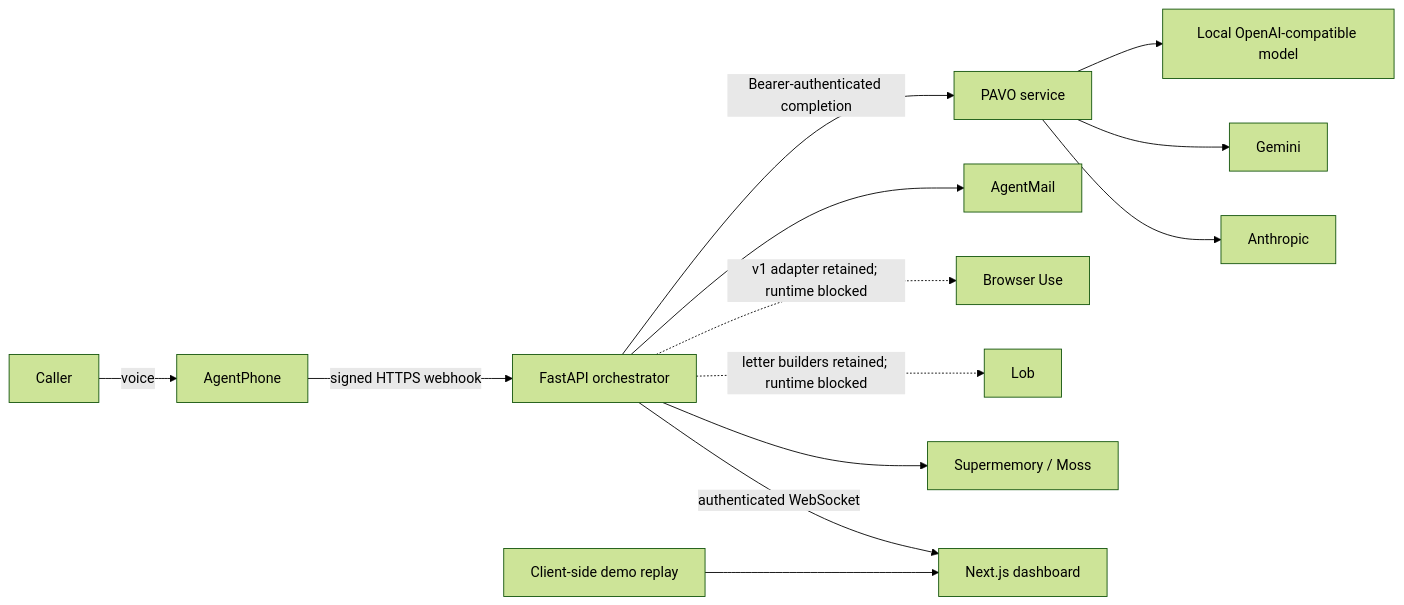
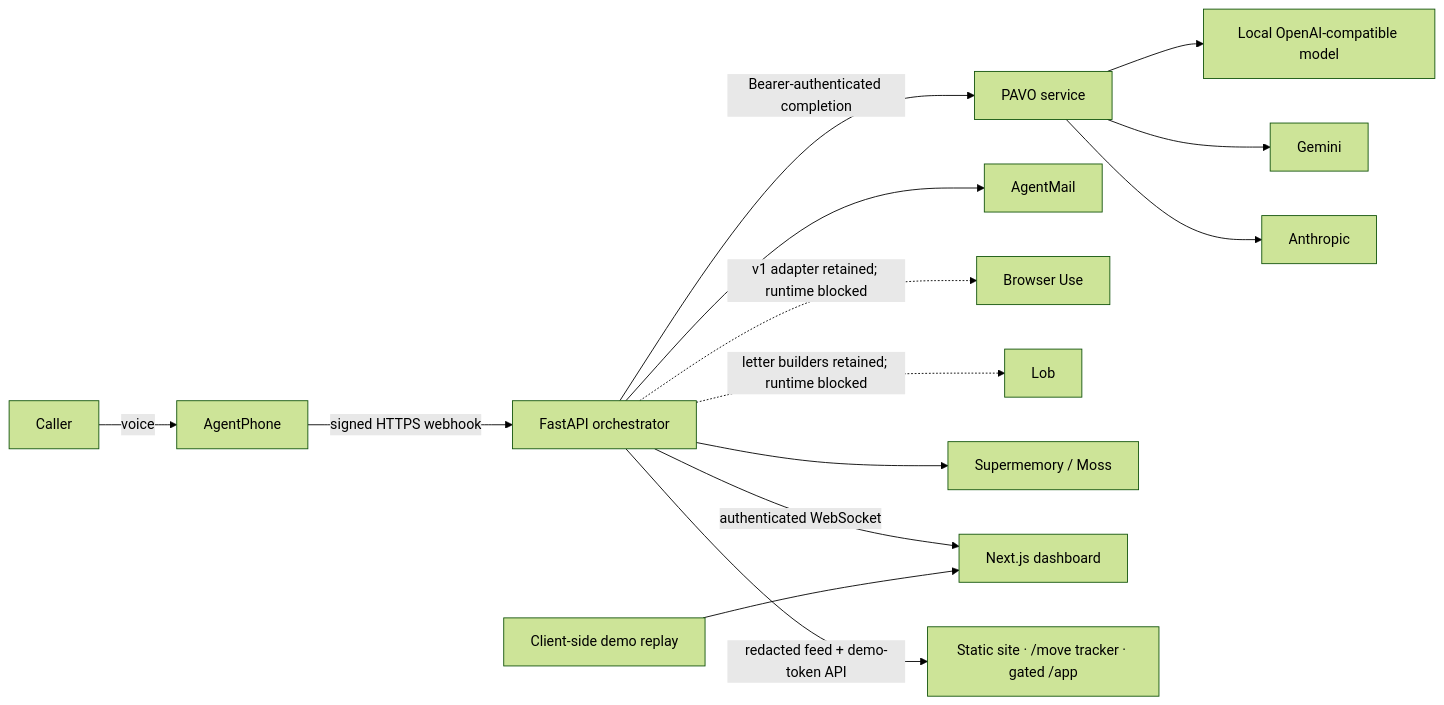
One commit to vnmoorthy/relocate-ai changed the first of 4 diagrams in ARCHITECTURE.md. Above: the diagram before and after it, drawn with Mermaid (forest theme). The commit also changed other lines of this file and 18 other files, not shown here.

````diff
--- a/ARCHITECTURE.md
+++ b/ARCHITECTURE.md
@@ -10,18 +10,19 @@
 ```mermaid
 flowchart LR
     caller["Caller"] -->|"voice"| phone["AgentPhone"]
     phone -->|"signed HTTPS webhook"| api["FastAPI orchestrator"]
 
     api -->|"Bearer-authenticated completion"| pavo["PAVO service"]
     pavo --> local["Local OpenAI-compatible model"]
     pavo --> gemini["Gemini"]
     pavo --> anthropic["Anthropic"]
 
     api --> mail["AgentMail"]
     api -.->|"v1 adapter retained; runtime blocked"| browser["Browser Use"]
     api -.->|"letter builders retained; runtime blocked"| lob["Lob"]
     api --> memory["Supermemory / Moss"]
 
     api -->|"authenticated WebSocket"| dashboard["Next.js dashboard"]
+    api -->|"redacted feed + demo-token API"| product["Static site · /move tracker · gated /app"]
     replay["Client-side demo replay"] --> dashboard
 ```
````
